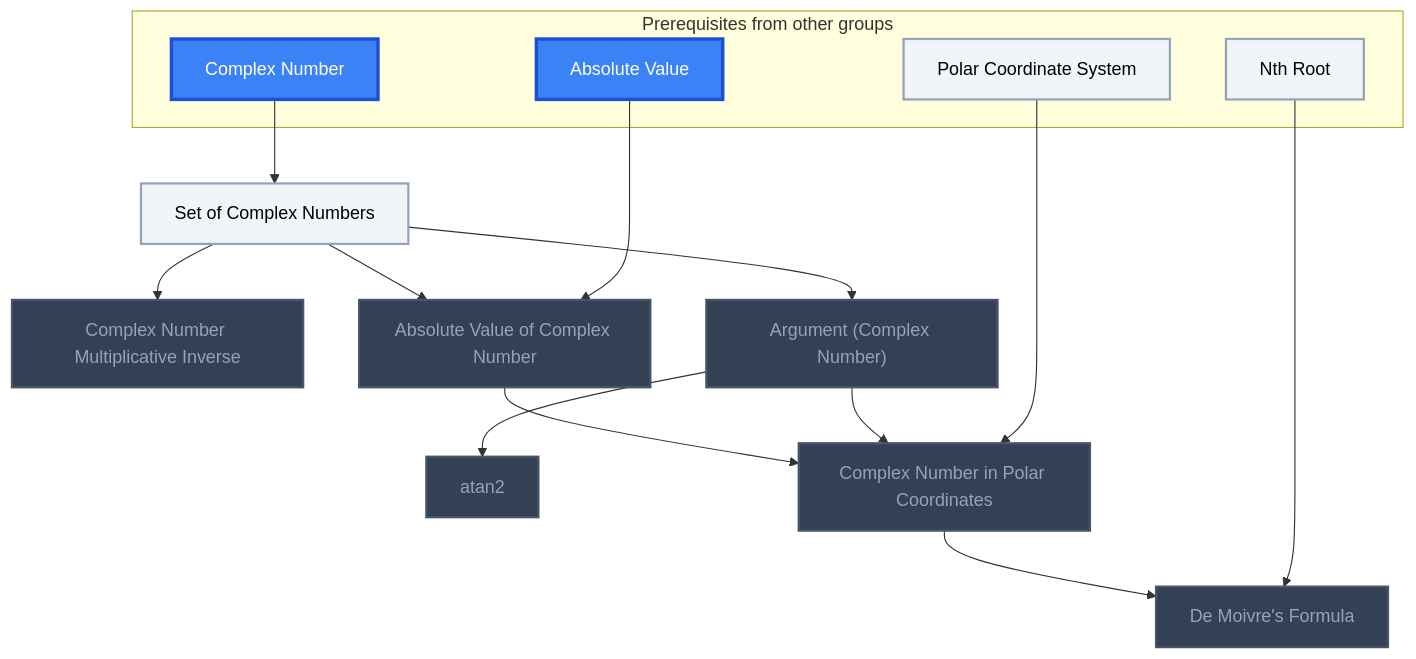
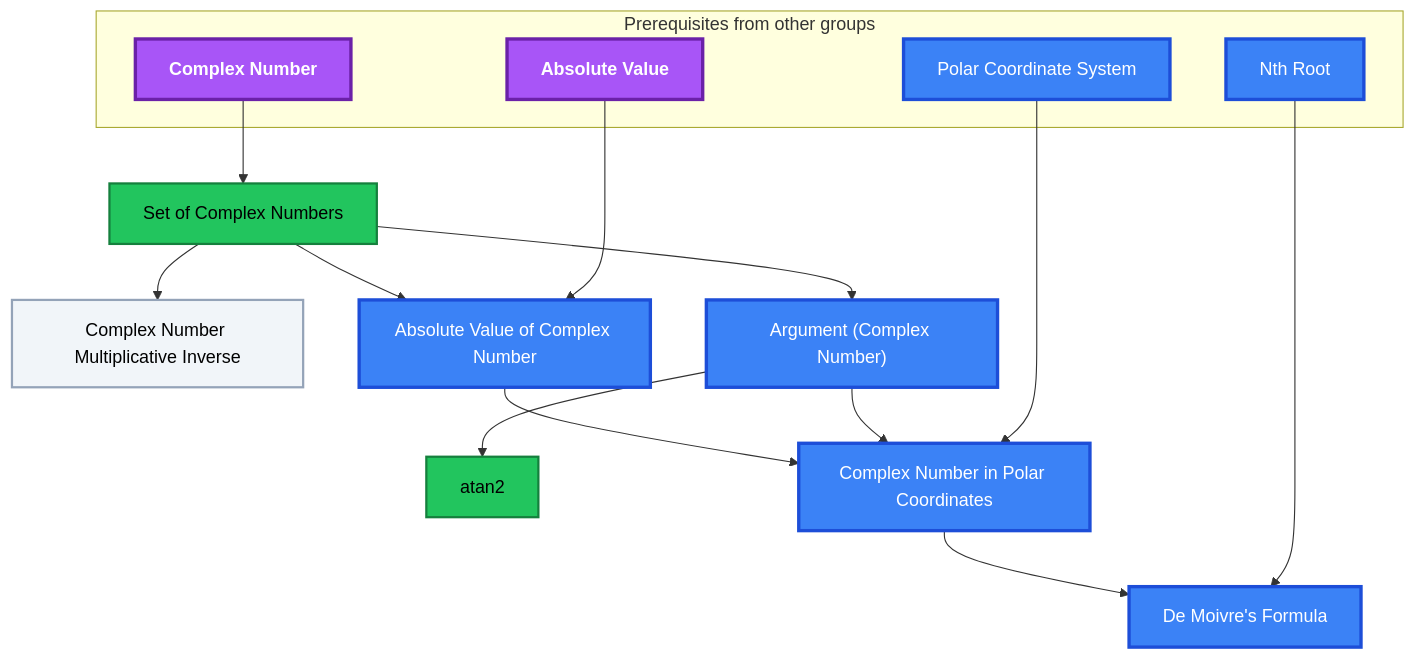
One commit to MRauf1/My-Notes changed the first of 19 diagrams in Gamification/Skill Trees/Complex Analysis.md. Above: the diagram before and after it, drawn with Mermaid. The commit also changed other lines of this file and 145 other files, not shown here.

````diff
--- a/Gamification/Skill Trees/Complex Analysis.md
+++ b/Gamification/Skill Trees/Complex Analysis.md
@@ -17,40 +17,41 @@
 ```mermaid
 flowchart TD
     classDef planned fill:#1E293B,stroke:#64748B,stroke-width:2px,stroke-dasharray:5 5,color:#94A3B8;
     classDef locked fill:#334155,stroke:#475569,stroke-width:2px,color:#94A3B8;
     classDef L0 fill:#F1F5F9,stroke:#94A3B8,stroke-width:2px,color:#000000;
     classDef L1 fill:#22C55E,stroke:#15803D,stroke-width:2px,color:#000000;
     classDef L2 fill:#3B82F6,stroke:#1D4ED8,stroke-width:3px,color:#FFFFFF;
     classDef L3 fill:#A855F7,stroke:#6B21A8,stroke-width:3px,color:#FFFFFF,font-weight:bold;
     classDef L4 fill:#F97316,stroke:#C2410C,stroke-width:4px,color:#000000,font-weight:bold;
     classDef L5 fill:#FFD700,stroke:#FF8C00,stroke-width:5px,color:#000000,font-weight:bold;
     classDef rusty stroke:#8B4513,stroke-width:4px,stroke-dasharray:3 3;
     subgraph sg_prereqs["Prerequisites from other groups"]
         n_complex_number["Complex Number"]
         n_absolute_value["Absolute Value"]
         n_polar_coordinate_system["Polar Coordinate System"]
         n_nth_root["Nth Root"]
     end
     n_set_of_complex_numbers["Set of Complex Numbers"]
     n_complex_number_multiplicative_inverse["Complex Number Multiplicative Inverse"]
     n_absolute_value_of_complex_number["Absolute Value of Complex Number"]
     n_argument_complex_number["Argument (Complex Number)"]
     n_atan2["atan2"]
     n_complex_number_in_polar_coordinates["Complex Number in Polar Coordinates"]
     n_de_moivre_s_formula["De Moivre's Formula"]
     n_complex_number --> n_set_of_complex_numbers
     n_set_of_complex_numbers --> n_complex_number_multiplicative_inverse
     n_set_of_complex_numbers --> n_absolute_value_of_complex_number
     n_absolute_value --> n_absolute_value_of_complex_number
     n_set_of_complex_numbers --> n_argument_complex_number
     n_argument_complex_number --> n_atan2
     n_absolute_value_of_complex_number --> n_complex_number_in_polar_coordinates
     n_argument_complex_number --> n_complex_number_in_polar_coordinates
     n_polar_coordinate_system --> n_complex_number_in_polar_coordinates
     n_complex_number_in_polar_coordinates --> n_de_moivre_s_formula
     n_nth_root --> n_de_moivre_s_formula
-    class n_complex_number_multiplicative_inverse,n_absolute_value_of_complex_number,n_argument_complex_number,n_atan2,n_complex_number_in_polar_coordinates,n_de_moivre_s_formula locked;
-    class n_polar_coordinate_system,n_nth_root,n_set_of_complex_numbers L0;
-    class n_complex_number,n_absolute_value L2;
+    class n_complex_number_multiplicative_inverse L0;
+    class n_set_of_complex_numbers,n_atan2 L1;
+    class n_polar_coordinate_system,n_nth_root,n_absolute_value_of_complex_number,n_argument_complex_number,n_complex_number_in_polar_coordinates,n_de_moivre_s_formula L2;
+    class n_complex_number,n_absolute_value L3;
     class n_complex_number,n_absolute_value,n_polar_coordinate_system,n_nth_root,n_set_of_complex_numbers,n_complex_number_multiplicative_inverse,n_absolute_value_of_complex_number,n_argument_complex_number,n_atan2,n_complex_number_in_polar_coordinates,n_de_moivre_s_formula internal-link;
 ```
````
